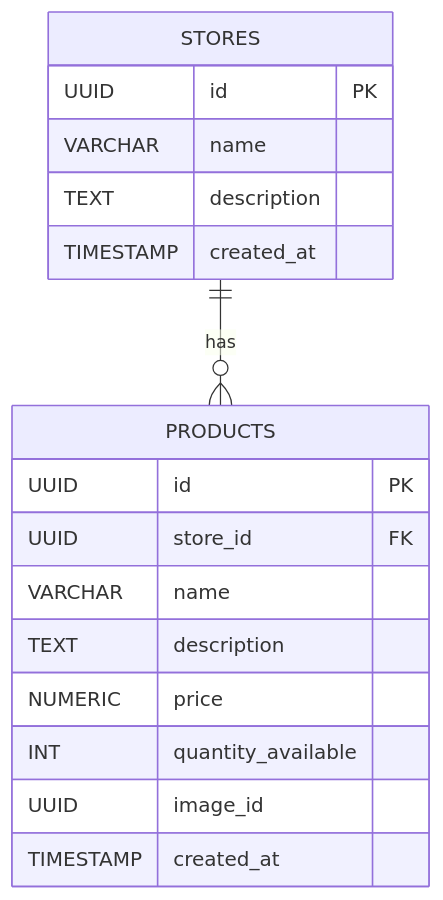
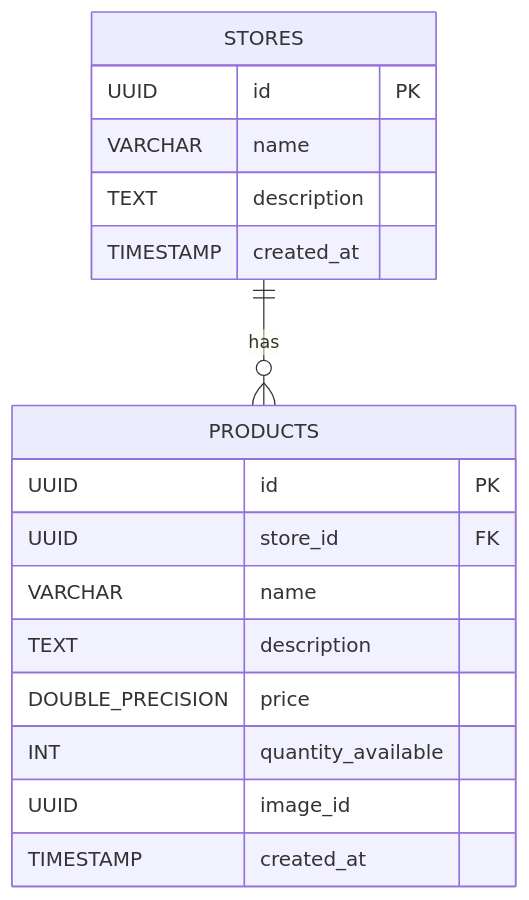
The fourth of 5 diagrams in docs/arc42.md (CM-market/transac), drawn with Mermaid before and after one commit. The commit also changed other lines of this file, not shown here.

````diff
--- a/docs/arc42.md
+++ b/docs/arc42.md
@@ -167,23 +167,23 @@
 ```mermaid
 erDiagram
     STORES {
         UUID id PK
         VARCHAR name
         TEXT description
         TIMESTAMP created_at
     }
     PRODUCTS {
         UUID id PK
         UUID store_id FK
         VARCHAR name
         TEXT description
-        NUMERIC price
+        DOUBLE_PRECISION price
         INT quantity_available
         UUID image_id
         TIMESTAMP created_at
     }
  
 
     STORES ||--o{ PRODUCTS : "has"
 
 ```
````
